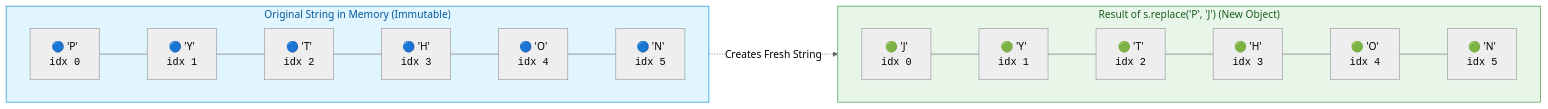
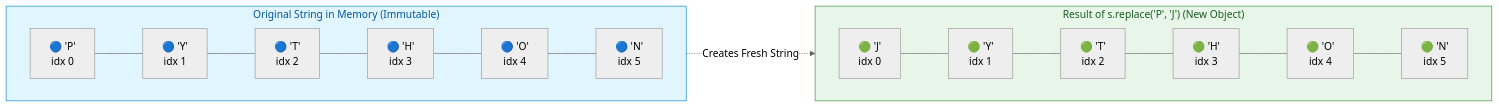
One commit to githubchecker/personal changed the first of 2 diagrams in notes/NotionExport/AI/AI-Learinig-Path/Phase 0 - Foundations/Phase 0.1 - Python/03 Strings In Depth.md. Above: the diagram before and after it, drawn with Mermaid (neutral theme). The commit also changed other lines of this file and 5 other files, not shown here.

Commit message:
fix: clean Mermaid HTML tags and finalize infographic headers with large font

````diff
--- a/notes/NotionExport/AI/AI-Learinig-Path/Phase 0 - Foundations/Phase 0.1 - Python/03 Strings In Depth.md
+++ b/notes/NotionExport/AI/AI-Learinig-Path/Phase 0 - Foundations/Phase 0.1 - Python/03 Strings In Depth.md
@@ -47,17 +47,17 @@
 ```mermaid
 flowchart LR
     subgraph OriginalNecklace ["Original String in Memory (Immutable)"]
         direction LR
-        B0["🔵 'P'<br/><code>idx 0</code>"] --- B1["🔵 'Y'<br/><code>idx 1</code>"] --- B2["🔵 'T'<br/><code>idx 2</code>"] --- B3["🔵 'H'<br/><code>idx 3</code>"] --- B4["🔵 'O'<br/><code>idx 4</code>"] --- B5["🔵 'N'<br/><code>idx 5</code>"]
+        B0["🔵 'P'<br/>idx 0"] --- B1["🔵 'Y'<br/>idx 1"] --- B2["🔵 'T'<br/>idx 2"] --- B3["🔵 'H'<br/>idx 3"] --- B4["🔵 'O'<br/>idx 4"] --- B5["🔵 'N'<br/>idx 5"]
     end
 
     subgraph NewNecklace ["Result of s.replace('P', 'J') (New Object)"]
         direction LR
-        NB0["🟢 'J'<br/><code>idx 0</code>"] --- NB1["🟢 'Y'<br/><code>idx 1</code>"] --- NB2["🟢 'T'<br/><code>idx 2</code>"] --- NB3["🟢 'H'<br/><code>idx 3</code>"] --- NB4["🟢 'O'<br/><code>idx 4</code>"] --- NB5["🟢 'N'<br/><code>idx 5</code>"]
+        NB0["🟢 'J'<br/>idx 0"] --- NB1["🟢 'Y'<br/>idx 1"] --- NB2["🟢 'T'<br/>idx 2"] --- NB3["🟢 'H'<br/>idx 3"] --- NB4["🟢 'O'<br/>idx 4"] --- NB5["🟢 'N'<br/>idx 5"]
     end
 
     OriginalNecklace -.->|Creates Fresh String| NewNecklace
 
     style OriginalNecklace fill:#E1F5FE,stroke:#0288D1,color:#01579B
     style NewNecklace fill:#E8F5E9,stroke:#388E3C,color:#1B5E20
 ```
````
